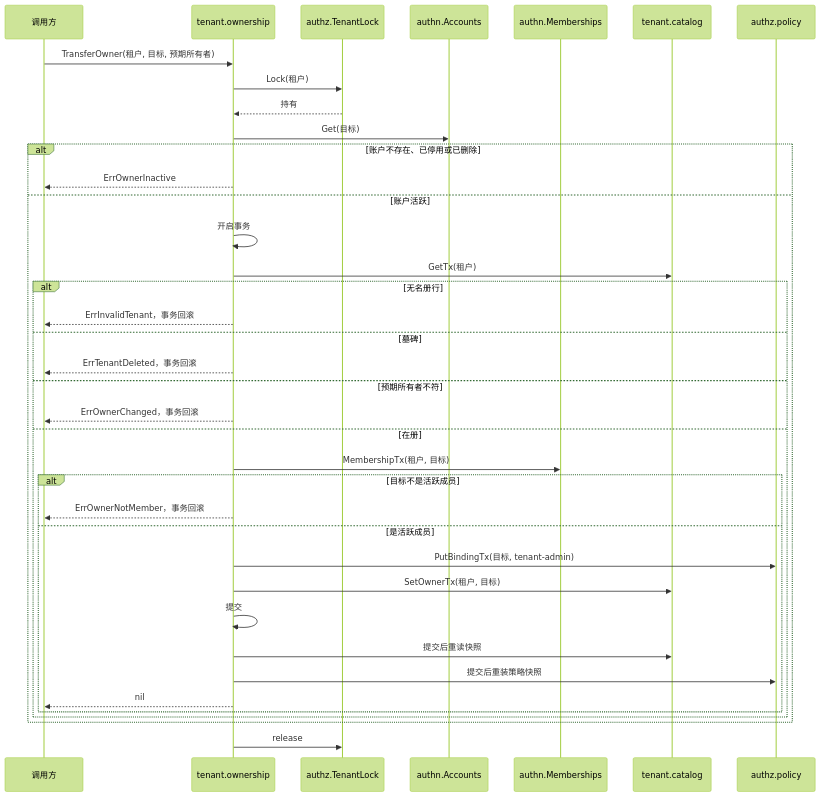
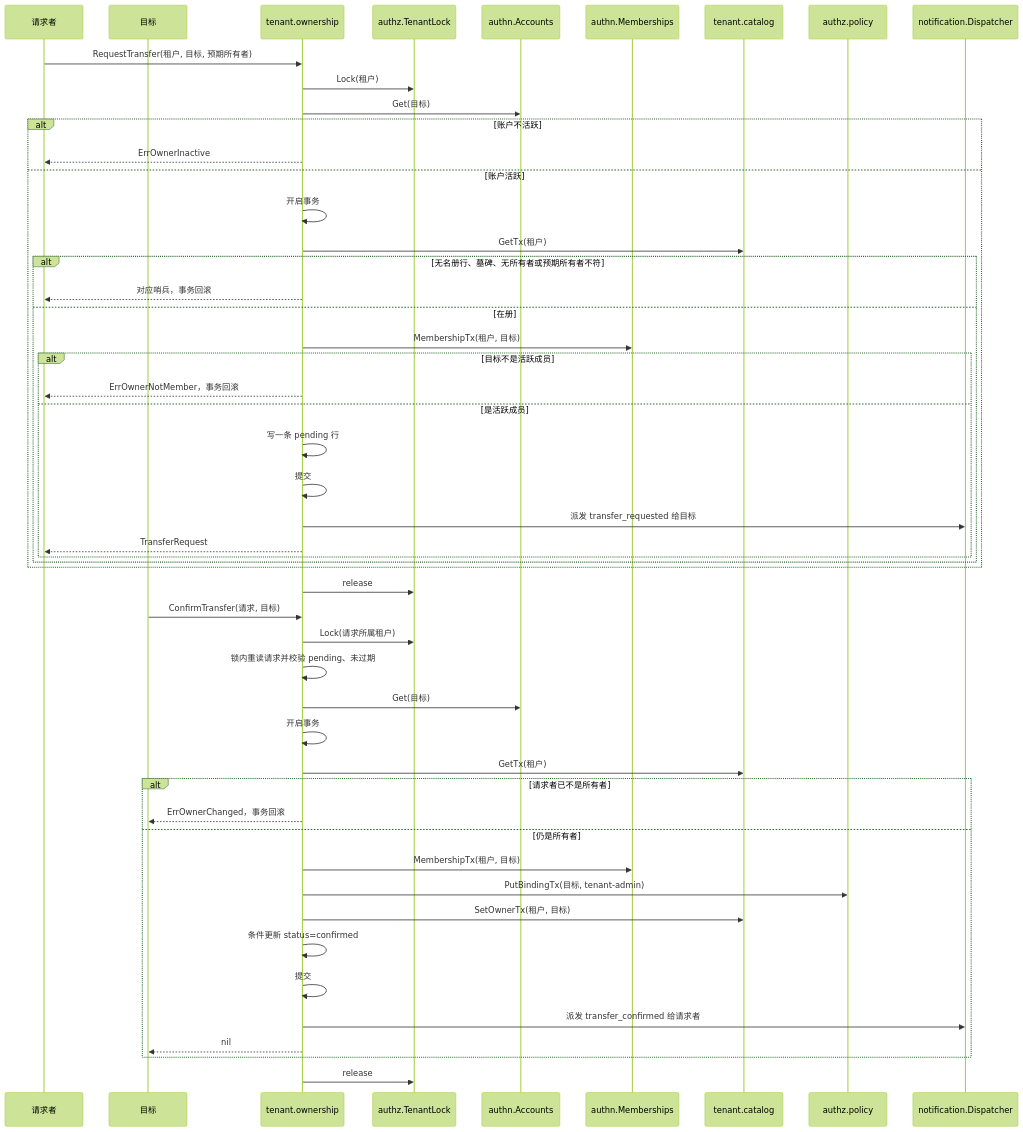
Before and after one commit to wangzw/speed: the diagram in docs/design/modules/tenant/design-tenant-ownership.md, drawn with Mermaid (forest theme). The commit also changed other lines of this file and 96 other files, not shown here.

First line of the commit message:
feat(tenant)!: require the target to confirm an owner transfer

````diff
--- a/docs/design/modules/tenant/design-tenant-ownership.md
+++ b/docs/design/modules/tenant/design-tenant-ownership.md
@@ -59,40 +80,53 @@
 ```mermaid
 sequenceDiagram
-    participant C as 调用方
+    participant R as 请求者
+    participant T as 目标
     participant O as tenant.ownership
     participant L as authz.TenantLock
     participant A as authn.Accounts
     participant M as authn.Memberships
-    participant R as tenant.catalog
+    participant C as tenant.catalog
     participant P as authz.policy
-    C->>O: TransferOwner(租户, 目标, 预期所有者)
+    participant N as notification.Dispatcher
+    R->>O: RequestTransfer(租户, 目标, 预期所有者)
     O->>L: Lock(租户)
-    L-->>O: 持有
     O->>A: Get(目标)
-    alt 账户不存在、已停用或已删除
-        O-->>C: ErrOwnerInactive
+    alt 账户不活跃
+        O-->>R: ErrOwnerInactive
     else 账户活跃
         O->>O: 开启事务
-        O->>R: GetTx(租户)
-        alt 无名册行
-            O-->>C: ErrInvalidTenant，事务回滚
-        else 墓碑
-            O-->>C: ErrTenantDeleted，事务回滚
-        else 预期所有者不符
-            O-->>C: ErrOwnerChanged，事务回滚
+        O->>C: GetTx(租户)
+        alt 无名册行、墓碑、无所有者或预期所有者不符
+            O-->>R: 对应哨兵，事务回滚
         else 在册
             O->>M: MembershipTx(租户, 目标)
             alt 目标不是活跃成员
-                O-->>C: ErrOwnerNotMember，事务回滚
+                O-->>R: ErrOwnerNotMember，事务回滚
             else 是活跃成员
-                O->>P: PutBindingTx(目标, tenant-admin)
-                O->>R: SetOwnerTx(租户, 目标)
+                O->>O: 写一条 pending 行
                 O->>O: 提交
-                O->>R: 提交后重读快照
-                O->>P: 提交后重装策略快照
-                O-->>C: nil
+                O->>N: 派发 transfer_requested 给目标
+                O-->>R: TransferRequest
             end
         end
     end
     O->>L: release
+    T->>O: ConfirmTransfer(请求, 目标)
+    O->>L: Lock(请求所属租户)
+    O->>O: 锁内重读请求并校验 pending、未过期
+    O->>A: Get(目标)
+    O->>O: 开启事务
+    O->>C: GetTx(租户)
+    alt 请求者已不是所有者
+        O-->>T: ErrOwnerChanged，事务回滚
+    else 仍是所有者
+        O->>M: MembershipTx(租户, 目标)
+        O->>P: PutBindingTx(目标, tenant-admin)
+        O->>C: SetOwnerTx(租户, 目标)
+        O->>O: 条件更新 status=confirmed
+        O->>O: 提交
+        O->>N: 派发 transfer_confirmed 给请求者
+        O-->>T: nil
+    end
+    O->>L: release
 ```
````
